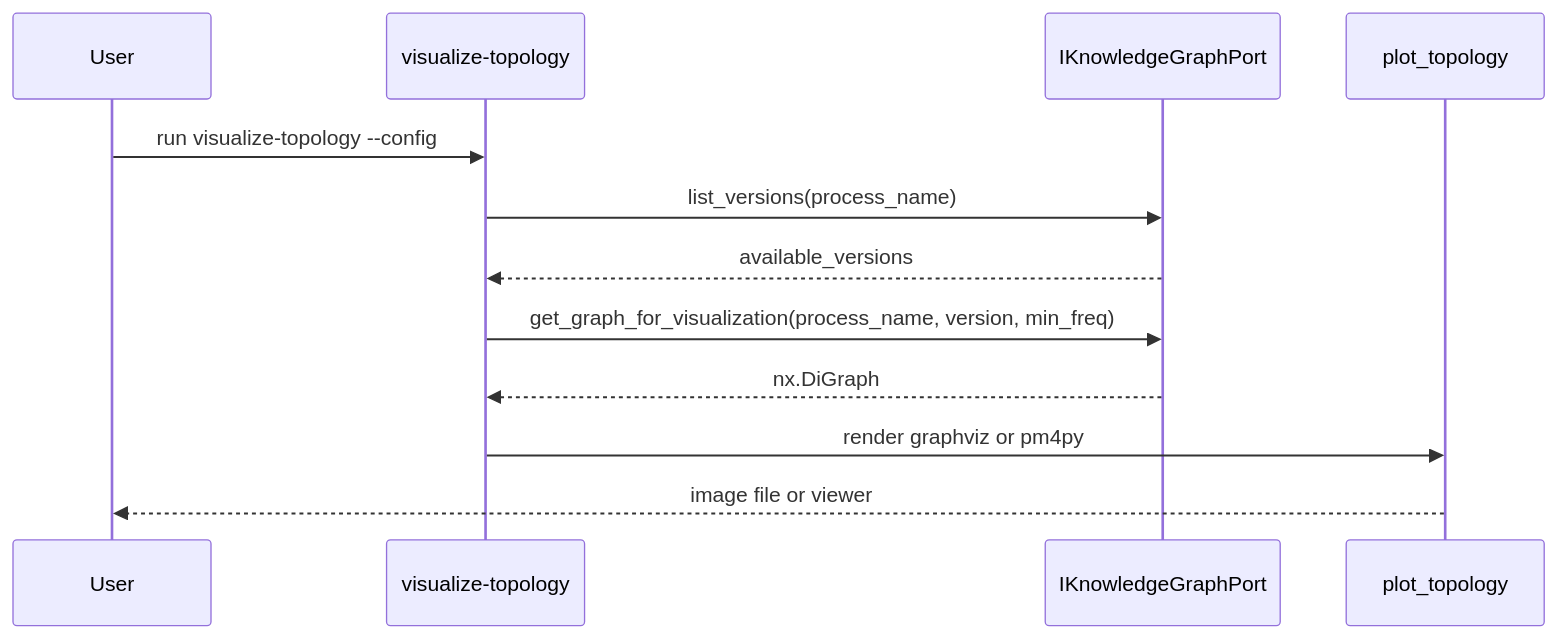
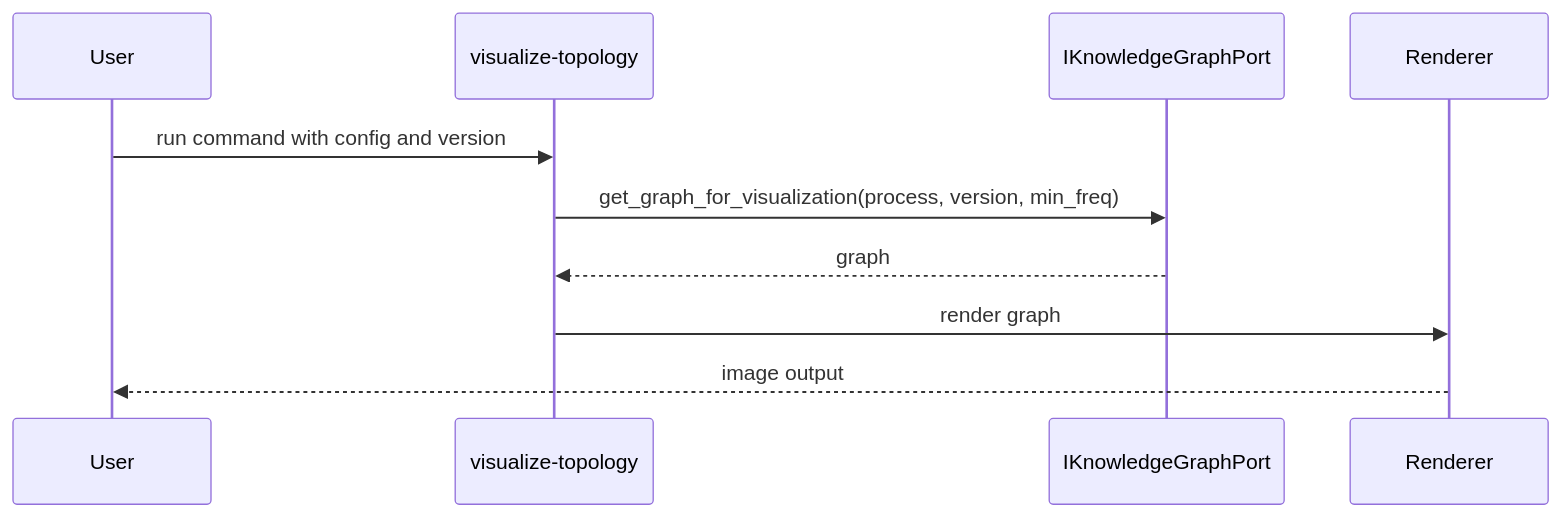
One commit to ghsrg/bpm_prediction changed the fifth of 5 diagrams in docs/DATA_FLOWS_MVP2_5.MD. Above: the diagram before and after it, drawn with Mermaid. The commit also changed other lines of this file and 21 other files, not shown here.

````diff
--- a/docs/DATA_FLOWS_MVP2_5.MD
+++ b/docs/DATA_FLOWS_MVP2_5.MD
@@ -58,15 +85,13 @@
 ```mermaid
 sequenceDiagram
     participant U as User
     participant V as visualize-topology
     participant R as IKnowledgeGraphPort
-    participant P as plot_topology
+    participant P as Renderer
 
-    U->>V: run visualize-topology --config
-    V->>R: list_versions(process_name)
-    R-->>V: available_versions
-    V->>R: get_graph_for_visualization(process_name, version, min_freq)
-    R-->>V: nx.DiGraph
-    V->>P: render graphviz or pm4py
-    P-->>U: image file or viewer
+    U->>V: run command with config and version
+    V->>R: get_graph_for_visualization(process, version, min_freq)
+    R-->>V: graph
+    V->>P: render graph
+    P-->>U: image output
 ```
````
